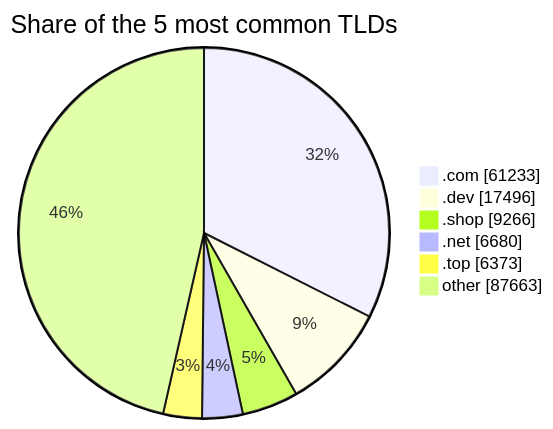
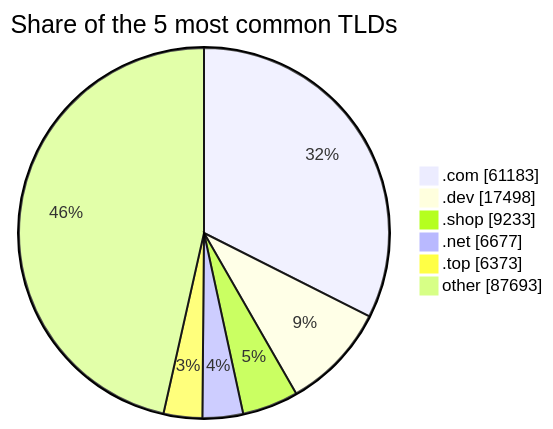
The third of 3 diagrams in README.md (DNSBunker/CTI), drawn with Mermaid before and after one commit. The commit also changed other lines of this file and 3 other files, not shown here.

````diff
--- a/README.md
+++ b/README.md
@@ -81,9 +81,9 @@
 ```mermaid
 pie showData title Share of the 5 most common TLDs
-    ".com" : 61233
-    ".dev" : 17496
-    ".shop" : 9266
-    ".net" : 6680
+    ".com" : 61183
+    ".dev" : 17498
+    ".shop" : 9233
+    ".net" : 6677
     ".top" : 6373
-    "other" : 87663
+    "other" : 87693
 ```
````
